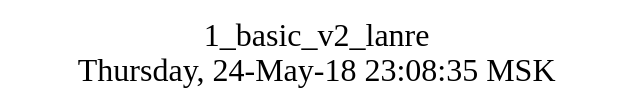
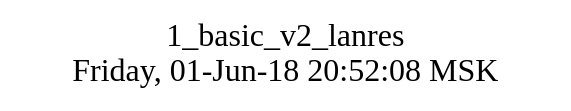
One commit to AplaProject/apps changed the diagram in src/basic/1_basic_v2_lanres/struct.dot. Above: the diagram before and after it, drawn with Graphviz. The commit also changed 4 other files, not shown here.

```diff
--- a/src/basic/1_basic_v2_lanres/struct.dot
+++ b/src/basic/1_basic_v2_lanres/struct.dot
@@ -1,10 +1,10 @@
 digraph G {
 graph [
   fontsize="24";
-  label="1_basic_v2_lanre\nThursday, 24-May-18 23:08:35 MSK";
+  label="1_basic_v2_lanres\nFriday, 01-Jun-18 20:52:08 MSK";
   nojustify=true;
   ordering=out;
   rankdir=LR;
   size="30";
 ];
 }
```
